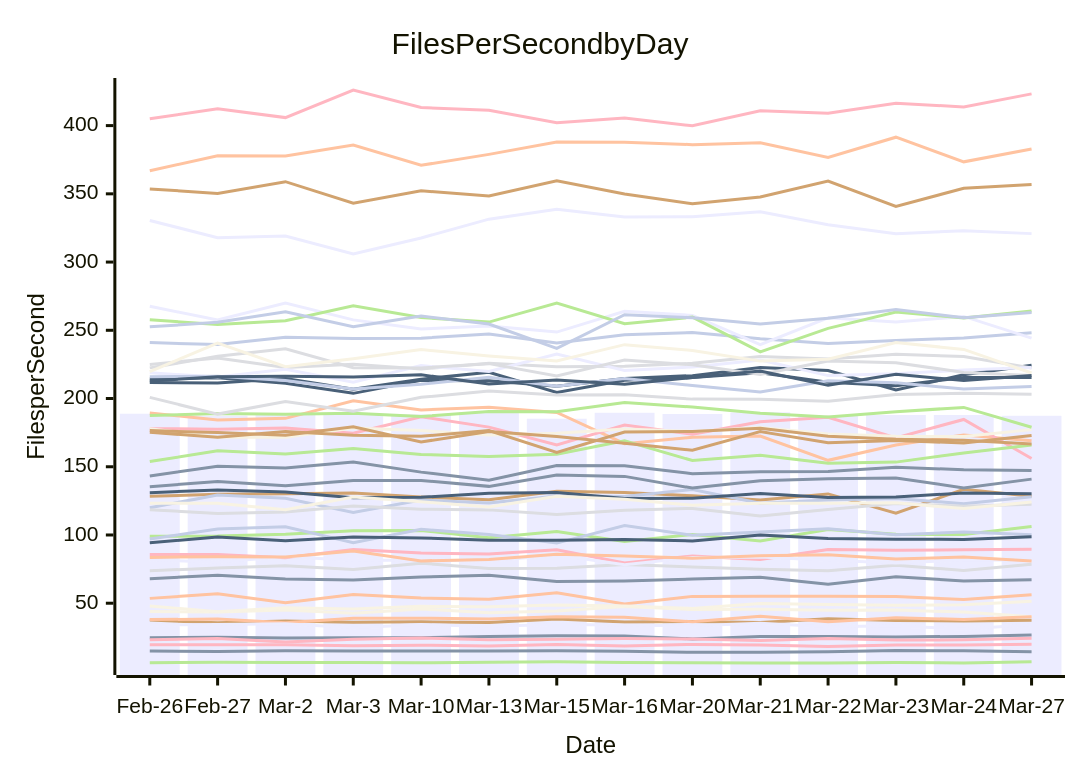
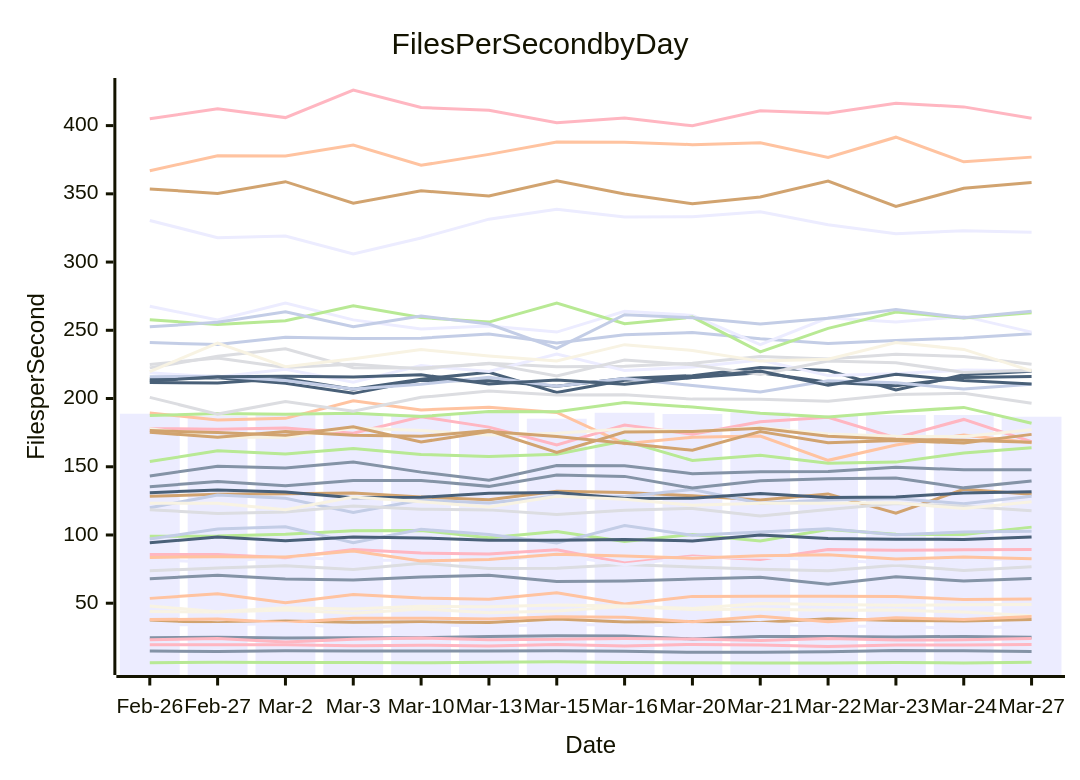
Before and after one commit to streetsidesoftware/cspell: the diagram in perf-report.md, drawn with Mermaid. The commit also changed other lines of this file and 2 other files, not shown here.

````diff
--- a/perf-report.md
+++ b/perf-report.md
@@ -11,57 +11,57 @@
 ```mermaid
 xychart-beta
     title Files Per Second by Day
     y-axis Files per Second
     x-axis Date [Feb-26, Feb-27, Mar-2, Mar-3, Mar-10, Mar-13, Mar-15, Mar-16, Mar-20, Mar-21, Mar-22, Mar-23, Mar-24, Mar-27]
-    bar [188.86, 187.47, 189.15, 187.99, 188.38, 189.98, 185.21, 189.57, 188.63, 189.87, 187.45, 187.93, 187.93, 187.34]
-    line [14.98, 14.69, 15.09, 15.05, 14.93, 14.92, 15.23, 14.84, 14.06, 13.99, 14.45, 15.39, 15.15, 14.41]
-    line [366.95, 377.92, 377.66, 385.69, 370.91, 378.91, 387.90, 387.80, 386.06, 387.41, 376.59, 391.51, 373.44, 382.83]
-    line [73.75, 75.77, 77.40, 74.68, 79.36, 75.39, 75.58, 78.40, 76.58, 74.92, 73.83, 77.77, 74.02, 78.50]
-    line [99.09, 99.19, 100.48, 103.18, 103.33, 98.05, 102.55, 95.32, 100.34, 95.68, 103.94, 100.49, 100.37, 106.30]
-    line [128.31, 129.87, 130.27, 130.71, 127.81, 125.76, 132.01, 131.14, 128.67, 125.67, 130.11, 116.06, 133.46, 128.33]
-    line [119.96, 129.35, 126.96, 116.50, 125.61, 123.50, 128.64, 128.22, 133.34, 123.28, 125.66, 126.65, 122.93, 127.97]
-    line [85.68, 85.69, 83.26, 89.40, 86.73, 86.09, 89.20, 79.46, 84.64, 82.02, 89.37, 88.80, 89.20, 89.47]
-    line [214.22, 215.21, 211.23, 203.79, 213.30, 213.00, 209.05, 214.75, 216.78, 222.67, 220.47, 206.28, 217.42, 224.45]
-    line [43.86, 43.58, 44.95, 42.68, 45.79, 43.00, 44.30, 47.55, 45.42, 45.55, 44.76, 44.94, 43.55, 40.04]
-    line [81.93, 80.10, 84.29, 81.35, 81.66, 80.93, 85.41, 78.19, 83.51, 83.81, 81.43, 79.47, 81.70, 81.59]
-    line [24.62, 25.06, 24.45, 24.76, 24.74, 25.60, 26.18, 25.98, 23.83, 25.61, 25.64, 25.22, 25.67, 26.68]
-    line [189.34, 184.31, 185.47, 198.42, 191.68, 193.62, 189.84, 166.89, 171.60, 172.56, 154.71, 166.00, 173.35, 168.97]
-    line [225.02, 229.69, 222.82, 225.14, 221.56, 225.82, 223.33, 223.62, 225.78, 230.86, 229.00, 232.44, 230.81, 222.42]
-    line [6.44, 6.78, 6.62, 6.55, 6.32, 6.79, 7.12, 6.59, 6.35, 6.19, 6.26, 6.60, 6.25, 7.08]
-    line [37.66, 35.60, 37.02, 36.08, 36.38, 35.91, 38.37, 36.25, 36.61, 35.87, 38.67, 37.37, 36.99, 37.59]
-    line [97.11, 104.32, 106.04, 94.30, 104.19, 100.36, 94.07, 106.95, 99.82, 102.15, 104.63, 100.11, 102.26, 100.20]
-    line [177.93, 177.54, 178.41, 174.58, 186.65, 179.06, 166.05, 180.55, 173.75, 182.92, 186.30, 171.18, 184.68, 156.06]
-    line [211.79, 211.44, 214.66, 206.78, 214.22, 219.20, 204.44, 213.42, 215.32, 218.95, 211.96, 209.30, 215.41, 215.47]
-    line [177.93, 171.71, 171.61, 178.31, 176.56, 173.19, 174.63, 177.66, 175.92, 178.79, 174.01, 172.30, 172.16, 177.21]
-    line [218.81, 215.75, 221.50, 212.02, 224.11, 219.75, 232.68, 220.52, 223.12, 228.15, 216.79, 218.07, 220.91, 222.75]
-    line [143.30, 150.41, 149.07, 153.47, 146.06, 140.05, 150.95, 150.81, 144.94, 146.39, 146.52, 149.65, 147.78, 147.22]
-    line [83.59, 84.08, 83.89, 88.30, 81.02, 82.11, 85.90, 84.63, 82.99, 84.87, 85.57, 82.40, 83.84, 80.88]
-    line [222.46, 230.96, 236.51, 222.64, 222.38, 225.56, 216.60, 228.18, 224.68, 217.69, 227.52, 226.28, 219.14, 216.94]
-    line [187.50, 189.10, 188.54, 189.19, 186.81, 190.52, 190.26, 197.02, 193.75, 189.15, 186.42, 190.28, 193.49, 178.94]
-    line [353.61, 350.32, 358.90, 343.06, 352.21, 348.39, 359.59, 349.81, 342.75, 347.71, 359.34, 340.76, 354.09, 356.81]
-    line [240.98, 239.52, 244.96, 243.99, 244.22, 247.23, 240.74, 246.80, 248.37, 243.77, 240.29, 242.61, 244.28, 248.25]
-    line [23.19, 24.07, 21.50, 23.56, 24.56, 23.16, 23.57, 24.07, 23.83, 22.72, 24.07, 23.01, 23.19, 24.39]
-    line [94.30, 98.50, 95.82, 98.55, 97.82, 96.22, 96.21, 96.60, 95.61, 100.00, 97.34, 96.90, 96.73, 98.77]
-    line [219.75, 240.64, 223.28, 229.19, 235.85, 231.18, 227.46, 239.47, 235.22, 227.41, 228.79, 241.01, 235.98, 218.72]
-    line [330.45, 317.84, 319.02, 305.87, 317.67, 331.44, 338.69, 332.97, 333.24, 336.87, 327.34, 320.84, 322.94, 320.84]
-    line [135.42, 139.26, 136.06, 139.99, 140.01, 135.63, 143.93, 142.95, 134.36, 139.82, 141.15, 141.79, 134.53, 140.93]
-    line [38.02, 38.35, 35.65, 38.90, 38.99, 38.46, 40.13, 39.77, 36.42, 40.38, 36.50, 39.38, 38.08, 40.09]
-    line [118.53, 115.70, 116.93, 121.24, 118.95, 118.40, 114.99, 118.14, 119.47, 113.95, 118.70, 123.16, 121.00, 122.52]
-    line [153.79, 161.66, 159.28, 163.36, 159.01, 157.48, 159.10, 169.05, 154.54, 158.47, 152.54, 153.40, 160.13, 165.96]
-    line [176.50, 175.06, 173.05, 179.29, 168.17, 175.84, 172.23, 167.20, 162.09, 175.73, 167.53, 169.26, 167.37, 172.85]
-    line [215.98, 216.39, 213.20, 207.00, 210.46, 215.67, 209.05, 214.60, 209.59, 204.82, 212.94, 211.50, 207.03, 208.86]
-    line [405.05, 412.32, 405.86, 426.09, 413.29, 411.20, 402.18, 405.65, 399.88, 410.92, 409.10, 416.42, 413.72, 423.25]
-    line [131.00, 133.00, 131.45, 127.22, 127.60, 130.54, 131.20, 126.76, 126.98, 130.36, 127.52, 127.75, 130.81, 130.13]
-    line [123.31, 123.27, 118.58, 127.90, 124.38, 120.45, 128.40, 126.26, 121.85, 123.29, 123.31, 123.57, 119.37, 124.13]
-    line [267.57, 257.62, 270.01, 257.62, 250.97, 253.10, 248.68, 263.99, 260.91, 239.46, 259.16, 256.10, 260.18, 244.22]
-    line [67.89, 70.56, 67.78, 66.98, 69.18, 70.51, 65.83, 66.30, 67.73, 68.98, 63.91, 69.35, 66.34, 67.18]
-    line [53.55, 56.91, 50.34, 56.33, 53.77, 52.96, 57.64, 49.40, 55.01, 55.07, 55.14, 54.97, 52.69, 56.17]
-    line [200.84, 188.59, 197.81, 190.62, 200.86, 205.50, 202.63, 202.69, 199.56, 199.40, 197.96, 202.91, 203.92, 203.21]
-    line [257.65, 254.22, 257.02, 267.92, 259.39, 256.02, 269.97, 254.79, 259.65, 234.19, 251.38, 263.45, 259.03, 264.11]
-    line [175.27, 171.69, 175.82, 173.02, 172.27, 176.52, 160.55, 175.49, 175.91, 178.24, 172.29, 170.07, 169.37, 166.70]
-    line [252.54, 255.82, 263.63, 252.65, 260.43, 254.55, 236.73, 261.47, 259.22, 254.59, 258.80, 265.17, 259.19, 262.97]
-    line [19.60, 19.60, 19.63, 18.78, 19.22, 18.67, 19.78, 18.71, 19.79, 19.47, 18.35, 19.30, 19.37, 19.97]
-    line [212.86, 215.99, 216.40, 215.81, 217.40, 210.64, 213.63, 210.38, 215.44, 220.20, 209.66, 217.73, 213.19, 216.87]
-    line [47.91, 43.77, 46.60, 45.68, 47.70, 47.47, 48.64, 47.90, 46.22, 49.72, 49.15, 48.47, 48.92, 51.42]
-    line [33.98, 34.43, 34.99, 32.10, 34.36, 33.03, 34.53, 33.80, 33.49, 35.23, 32.80, 33.41, 31.17, 34.27]
+    bar [188.86, 187.47, 189.15, 187.99, 188.38, 189.98, 185.21, 189.57, 188.63, 189.87, 187.45, 187.93, 187.93, 186.66]
+    line [14.98, 14.69, 15.09, 15.05, 14.93, 14.92, 15.23, 14.84, 14.06, 13.99, 14.45, 15.39, 15.15, 14.58]
+    line [366.95, 377.92, 377.66, 385.69, 370.91, 378.91, 387.90, 387.80, 386.06, 387.41, 376.59, 391.51, 373.44, 376.90]
+    line [73.75, 75.77, 77.40, 74.68, 79.36, 75.39, 75.58, 78.40, 76.58, 74.92, 73.83, 77.77, 74.02, 76.72]
+    line [99.09, 99.19, 100.48, 103.18, 103.33, 98.05, 102.55, 95.32, 100.34, 95.68, 103.94, 100.49, 100.37, 105.76]
+    line [128.31, 129.87, 130.27, 130.71, 127.81, 125.76, 132.01, 131.14, 128.67, 125.67, 130.11, 116.06, 133.46, 129.91]
+    line [119.96, 129.35, 126.96, 116.50, 125.61, 123.50, 128.64, 128.22, 133.34, 123.28, 125.66, 126.65, 122.93, 128.36]
+    line [85.68, 85.69, 83.26, 89.40, 86.73, 86.09, 89.20, 79.46, 84.64, 82.02, 89.37, 88.80, 89.20, 89.35]
+    line [214.22, 215.21, 211.23, 203.79, 213.30, 213.00, 209.05, 214.75, 216.78, 222.67, 220.47, 206.28, 217.42, 219.92]
+    line [43.86, 43.58, 44.95, 42.68, 45.79, 43.00, 44.30, 47.55, 45.42, 45.55, 44.76, 44.94, 43.55, 40.77]
+    line [81.93, 80.10, 84.29, 81.35, 81.66, 80.93, 85.41, 78.19, 83.51, 83.81, 81.43, 79.47, 81.70, 82.61]
+    line [24.62, 25.06, 24.45, 24.76, 24.74, 25.60, 26.18, 25.98, 23.83, 25.61, 25.64, 25.22, 25.67, 25.09]
+    line [189.34, 184.31, 185.47, 198.42, 191.68, 193.62, 189.84, 166.89, 171.60, 172.56, 154.71, 166.00, 173.35, 167.52]
+    line [225.02, 229.69, 222.82, 225.14, 221.56, 225.82, 223.33, 223.62, 225.78, 230.86, 229.00, 232.44, 230.81, 225.18]
+    line [6.44, 6.78, 6.62, 6.55, 6.32, 6.79, 7.12, 6.59, 6.35, 6.19, 6.26, 6.60, 6.25, 6.81]
+    line [37.66, 35.60, 37.02, 36.08, 36.38, 35.91, 38.37, 36.25, 36.61, 35.87, 38.67, 37.37, 36.99, 38.05]
+    line [97.11, 104.32, 106.04, 94.30, 104.19, 100.36, 94.07, 106.95, 99.82, 102.15, 104.63, 100.11, 102.26, 102.72]
+    line [177.93, 177.54, 178.41, 174.58, 186.65, 179.06, 166.05, 180.55, 173.75, 182.92, 186.30, 171.18, 184.68, 168.37]
+    line [211.79, 211.44, 214.66, 206.78, 214.22, 219.20, 204.44, 213.42, 215.32, 218.95, 211.96, 209.30, 215.41, 216.20]
+    line [177.93, 171.71, 171.61, 178.31, 176.56, 173.19, 174.63, 177.66, 175.92, 178.79, 174.01, 172.30, 172.16, 177.09]
+    line [218.81, 215.75, 221.50, 212.02, 224.11, 219.75, 232.68, 220.52, 223.12, 228.15, 216.79, 218.07, 220.91, 220.34]
+    line [143.30, 150.41, 149.07, 153.47, 146.06, 140.05, 150.95, 150.81, 144.94, 146.39, 146.52, 149.65, 147.78, 147.83]
+    line [83.59, 84.08, 83.89, 88.30, 81.02, 82.11, 85.90, 84.63, 82.99, 84.87, 85.57, 82.40, 83.84, 82.50]
+    line [222.46, 230.96, 236.51, 222.64, 222.38, 225.56, 216.60, 228.18, 224.68, 217.69, 227.52, 226.28, 219.14, 220.79]
+    line [187.50, 189.10, 188.54, 189.19, 186.81, 190.52, 190.26, 197.02, 193.75, 189.15, 186.42, 190.28, 193.49, 181.91]
+    line [353.61, 350.32, 358.90, 343.06, 352.21, 348.39, 359.59, 349.81, 342.75, 347.71, 359.34, 340.76, 354.09, 358.28]
+    line [240.98, 239.52, 244.96, 243.99, 244.22, 247.23, 240.74, 246.80, 248.37, 243.77, 240.29, 242.61, 244.28, 247.49]
+    line [23.19, 24.07, 21.50, 23.56, 24.56, 23.16, 23.57, 24.07, 23.83, 22.72, 24.07, 23.01, 23.19, 24.13]
+    line [94.30, 98.50, 95.82, 98.55, 97.82, 96.22, 96.21, 96.60, 95.61, 100.00, 97.34, 96.90, 96.73, 98.60]
+    line [219.75, 240.64, 223.28, 229.19, 235.85, 231.18, 227.46, 239.47, 235.22, 227.41, 228.79, 241.01, 235.98, 220.22]
+    line [330.45, 317.84, 319.02, 305.87, 317.67, 331.44, 338.69, 332.97, 333.24, 336.87, 327.34, 320.84, 322.94, 321.90]
+    line [135.42, 139.26, 136.06, 139.99, 140.01, 135.63, 143.93, 142.95, 134.36, 139.82, 141.15, 141.79, 134.53, 139.50]
+    line [38.02, 38.35, 35.65, 38.90, 38.99, 38.46, 40.13, 39.77, 36.42, 40.38, 36.50, 39.38, 38.08, 40.30]
+    line [118.53, 115.70, 116.93, 121.24, 118.95, 118.40, 114.99, 118.14, 119.47, 113.95, 118.70, 123.16, 121.00, 117.83]
+    line [153.79, 161.66, 159.28, 163.36, 159.01, 157.48, 159.10, 169.05, 154.54, 158.47, 152.54, 153.40, 160.13, 163.97]
+    line [176.50, 175.06, 173.05, 179.29, 168.17, 175.84, 172.23, 167.20, 162.09, 175.73, 167.53, 169.26, 167.37, 173.73]
+    line [215.98, 216.39, 213.20, 207.00, 210.46, 215.67, 209.05, 214.60, 209.59, 204.82, 212.94, 211.50, 207.03, 210.52]
+    line [405.05, 412.32, 405.86, 426.09, 413.29, 411.20, 402.18, 405.65, 399.88, 410.92, 409.10, 416.42, 413.72, 405.40]
+    line [131.00, 133.00, 131.45, 127.22, 127.60, 130.54, 131.20, 126.76, 126.98, 130.36, 127.52, 127.75, 130.81, 131.70]
+    line [123.31, 123.27, 118.58, 127.90, 124.38, 120.45, 128.40, 126.26, 121.85, 123.29, 123.31, 123.57, 119.37, 124.27]
+    line [267.57, 257.62, 270.01, 257.62, 250.97, 253.10, 248.68, 263.99, 260.91, 239.46, 259.16, 256.10, 260.18, 248.68]
+    line [67.89, 70.56, 67.78, 66.98, 69.18, 70.51, 65.83, 66.30, 67.73, 68.98, 63.91, 69.35, 66.34, 68.18]
+    line [53.55, 56.91, 50.34, 56.33, 53.77, 52.96, 57.64, 49.40, 55.01, 55.07, 55.14, 54.97, 52.69, 53.14]
+    line [200.84, 188.59, 197.81, 190.62, 200.86, 205.50, 202.63, 202.69, 199.56, 199.40, 197.96, 202.91, 203.92, 196.56]
+    line [257.65, 254.22, 257.02, 267.92, 259.39, 256.02, 269.97, 254.79, 259.65, 234.19, 251.38, 263.45, 259.03, 262.82]
+    line [175.27, 171.69, 175.82, 173.02, 172.27, 176.52, 160.55, 175.49, 175.91, 178.24, 172.29, 170.07, 169.37, 167.98]
+    line [252.54, 255.82, 263.63, 252.65, 260.43, 254.55, 236.73, 261.47, 259.22, 254.59, 258.80, 265.17, 259.19, 263.98]
+    line [19.60, 19.60, 19.63, 18.78, 19.22, 18.67, 19.78, 18.71, 19.79, 19.47, 18.35, 19.30, 19.37, 19.72]
+    line [212.86, 215.99, 216.40, 215.81, 217.40, 210.64, 213.63, 210.38, 215.44, 220.20, 209.66, 217.73, 213.19, 210.60]
+    line [47.91, 43.77, 46.60, 45.68, 47.70, 47.47, 48.64, 47.90, 46.22, 49.72, 49.15, 48.47, 48.92, 49.10]
+    line [33.98, 34.43, 34.99, 32.10, 34.36, 33.03, 34.53, 33.80, 33.49, 35.23, 32.80, 33.41, 31.17, 33.63]
 ```
````
